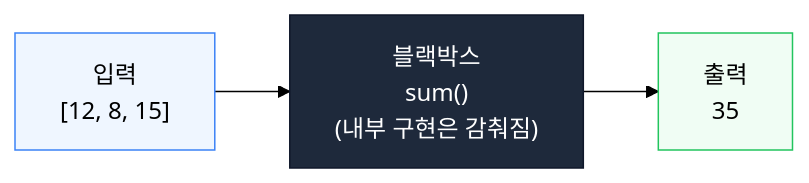
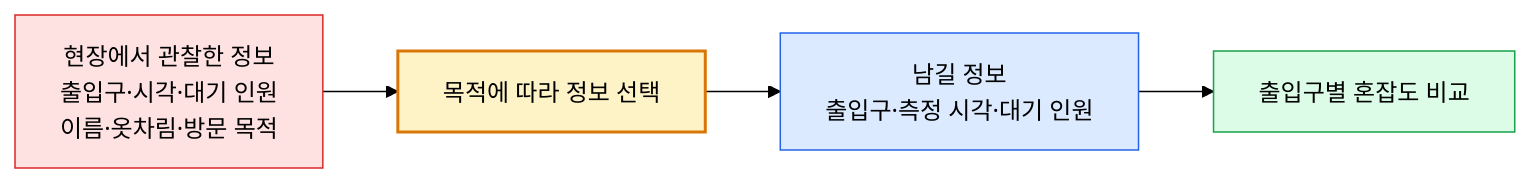
The first of 6 diagrams in 강의교재/week03_lecture.qmd (phyzikyh/computing), drawn with Mermaid (forest theme) before and after one commit. The commit also changed other lines of this file and 15 other files, not shown here.

````diff
--- a/강의교재/week03_lecture.qmd
+++ b/강의교재/week03_lecture.qmd
@@ -25,9 +23,13 @@
 ```{mermaid}
+%%| fig-cap: "**그림 3-1.** 축제 출입구 혼잡도 판단을 위한 추상화"
 flowchart LR
-    IN["입력<br/>[12, 8, 15]"] --> BB["블랙박스<br/>sum()<br/>(내부 구현은 감춰짐)"]
-    BB --> OUT["출력<br/>35"]
+    A["현장에서 관찰한 정보<br/>출입구·시각·대기 인원<br/>이름·옷차림·방문 목적"]
+    A --> B["목적에 따라 정보 선택"]
+    B --> C["남길 정보<br/>출입구·측정 시각·대기 인원"]
+    C --> D["출입구별 혼잡도 비교"]
 
-    style IN fill:#eff6ff,stroke:#3b82f6
-    style BB fill:#1e293b,stroke:#0f172a,color:#ffffff
-    style OUT fill:#f0fdf4,stroke:#22c55e
+    style A fill:#fee2e2,stroke:#dc2626
+    style B fill:#fef3c7,stroke:#d97706,stroke-width:2px
+    style C fill:#dbeafe,stroke:#2563eb
+    style D fill:#dcfce7,stroke:#16a34a
 ```
````
